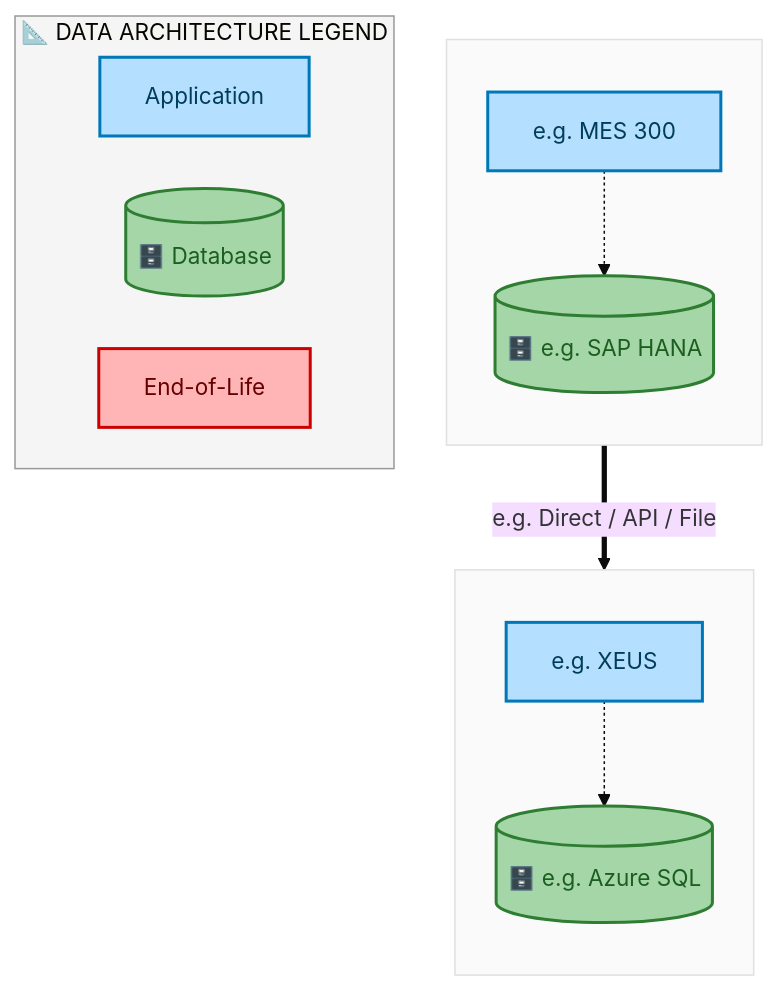
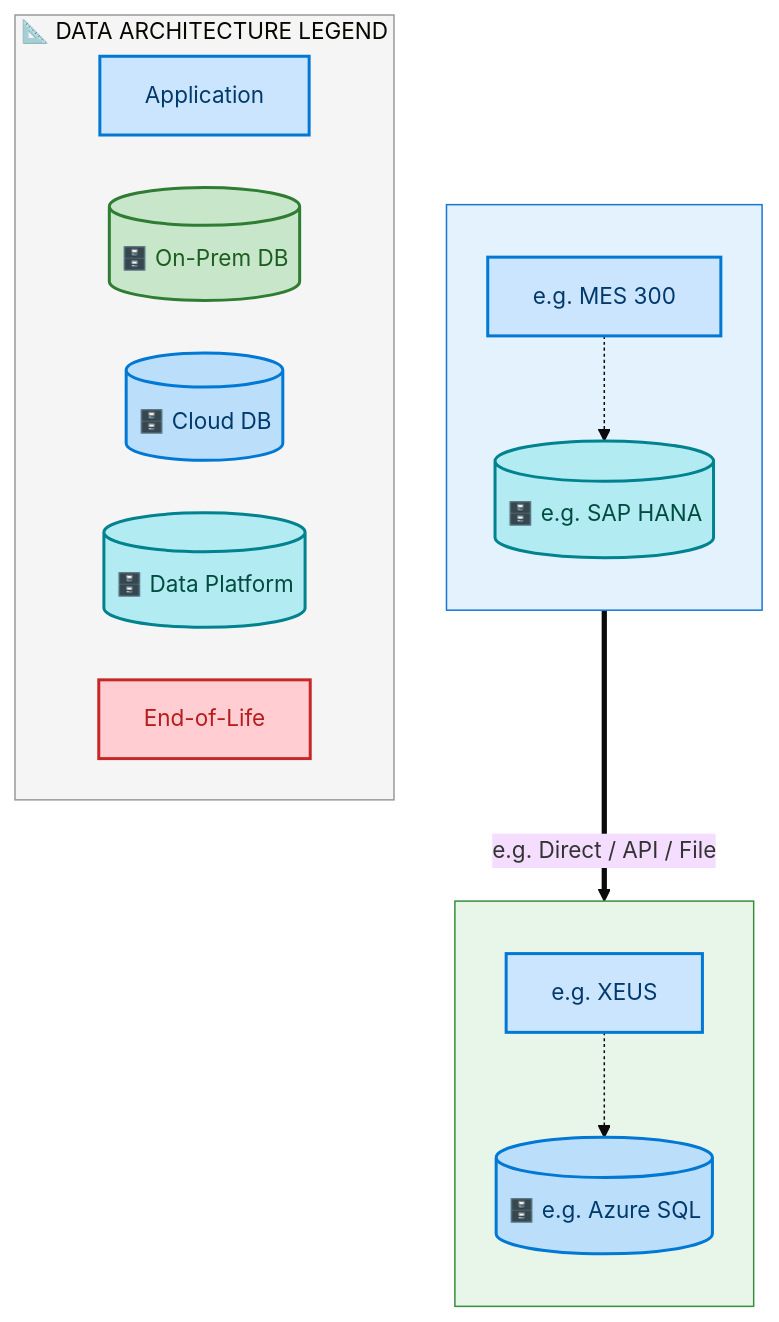
The third of 7 diagrams in towers/E2E/Procure to Pay/E2E-112/output/docs/systems-architecture/E2E-112-Architecture.md (sajivfrancis777/IAO-Architecture), drawn with Mermaid before and after one commit. The commit also changed other lines of this file and 394 other files, not shown here.

First line of the commit message:
feat: structured layer ordering for Mermaid architecture diagrams

````diff
--- a/towers/E2E/Procure to Pay/E2E-112/output/docs/systems-architecture/E2E-112-Architecture.md
+++ b/towers/E2E/Procure to Pay/E2E-112/output/docs/systems-architecture/E2E-112-Architecture.md
@@ -297,33 +297,37 @@
 ```mermaid
 %%{init: {"theme": "base", "securityLevel": "loose", "themeVariables": {"fontSize": "15px", "fontFamily": "Segoe UI, Arial"}, "flowchart": {"useMaxWidth": false, "htmlLabels": true, "nodeSpacing": 35, "rankSpacing": 45}} }%%
 flowchart TB
-    classDef appBox fill:#B5DFFF,stroke:#0077B6,stroke-width:2px,color:#003D5B
-    classDef dbCyl fill:#A5D6A7,stroke:#2E7D32,stroke-width:2px,color:#1B5E20
-    classDef eolBox fill:#FFB5B5,stroke:#CC0000,stroke-width:2px,color:#660000
+    classDef appBox fill:#CCE5FF,stroke:#0078D4,stroke-width:2px,color:#003A6C
+    classDef dbCyl fill:#C8E6C9,stroke:#2E7D32,stroke-width:2px,color:#1B5E20
+    classDef dbCloud fill:#BBDEFB,stroke:#0078D4,stroke-width:2px,color:#003A6C
+    classDef dbData fill:#B2EBF2,stroke:#00838F,stroke-width:2px,color:#004D40
+    classDef eolBox fill:#FFCDD2,stroke:#C62828,stroke-width:2px,color:#B71C1C
 
     subgraph E2E112FDACL_e_g_Azure_SQL[" "]
         direction TB
         E2E112FDAA_e_g_XEUS["e.g. XEUS"]:::appBox
-        E2E112FDAD_e_g_Azure_SQL[("🗄️ e.g. Azure SQL")]:::dbCyl
+        E2E112FDAD_e_g_Azure_SQL[("🗄️ e.g. Azure SQL")]:::dbCloud
         E2E112FDAA_e_g_XEUS -.-> E2E112FDAD_e_g_Azure_SQL
     end
-    style E2E112FDACL_e_g_Azure_SQL fill:#FAFAFA,stroke:#E0E0E0,stroke-width:1px
+    style E2E112FDACL_e_g_Azure_SQL fill:#E8F5E9,stroke:#388E3C,stroke-width:1px
 
     subgraph E2E112FDACL_e_g_SAP_HANA[" "]
         direction TB
         E2E112FDAA_e_g_MES_300["e.g. MES 300"]:::appBox
-        E2E112FDAD_e_g_SAP_HANA[("🗄️ e.g. SAP HANA")]:::dbCyl
+        E2E112FDAD_e_g_SAP_HANA[("🗄️ e.g. SAP HANA")]:::dbData
         E2E112FDAA_e_g_MES_300 -.-> E2E112FDAD_e_g_SAP_HANA
     end
-    style E2E112FDACL_e_g_SAP_HANA fill:#FAFAFA,stroke:#E0E0E0,stroke-width:1px
+    style E2E112FDACL_e_g_SAP_HANA fill:#E3F2FD,stroke:#1976D2,stroke-width:1px
 
     E2E112FDAD_e_g_SAP_HANA ==>|"e.g. Direct / API / File"| E2E112FDAD_e_g_Azure_SQL
 
     subgraph Legend["📐 DATA ARCHITECTURE LEGEND"]
         direction LR
         L_A["Application"]:::appBox
-        L_D[("🗄️ Database")]:::dbCyl
+        L_D[("🗄️ On-Prem DB")]:::dbCyl
+        L_DC[("🗄️ Cloud DB")]:::dbCloud
+        L_DD[("🗄️ Data Platform")]:::dbData
         L_E["End-of-Life"]:::eolBox
     end
     style Legend fill:#F5F5F5,stroke:#999,stroke-width:1px
 ```
````
